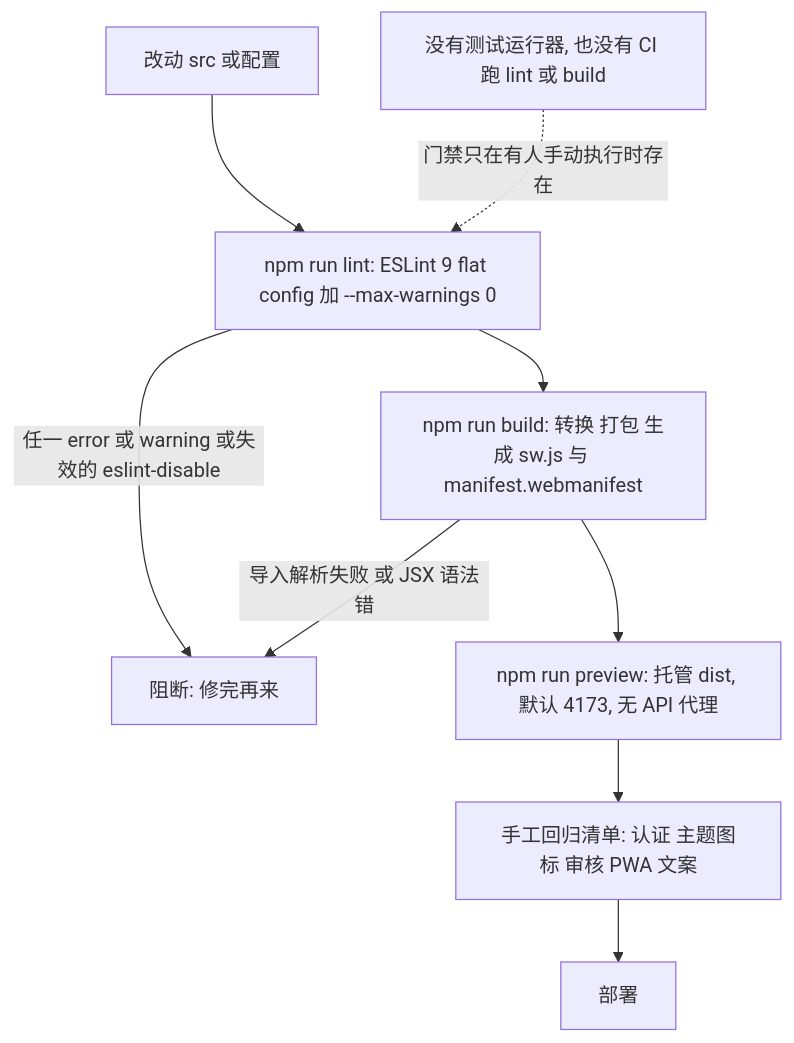
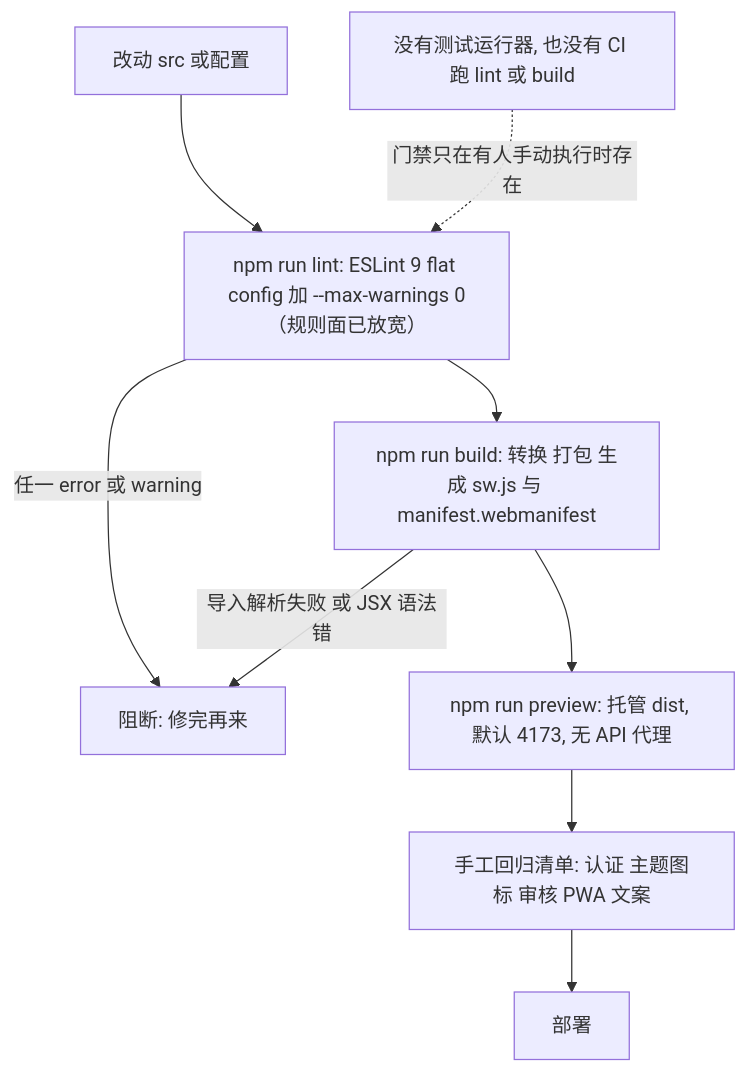
Before and after one commit to Furry-Drama-Tracker/frontend: the diagram in openwiki/testing/verification-and-quality-gates.md, drawn with Mermaid. The commit also changed other lines of this file and 41 other files, not shown here.

````diff
--- a/openwiki/testing/verification-and-quality-gates.md
+++ b/openwiki/testing/verification-and-quality-gates.md
@@ -65,11 +55,11 @@
 ```mermaid
 flowchart TD
-  A["改动 src 或配置"] --> B["npm run lint: ESLint 9 flat config 加 --max-warnings 0"]
-  B -->|"任一 error 或 warning 或失效的 eslint-disable"| X["阻断: 修完再来"]
+  A["改动 src 或配置"] --> B["npm run lint: ESLint 9 flat config 加 --max-warnings 0（规则面已放宽）"]
+  B -->|"任一 error 或 warning"| X["阻断: 修完再来"]
   B --> C["npm run build: 转换 打包 生成 sw.js 与 manifest.webmanifest"]
   C -->|"导入解析失败 或 JSX 语法错"| X
   C --> D["npm run preview: 托管 dist, 默认 4173, 无 API 代理"]
   D --> E["手工回归清单: 认证 主题图标 审核 PWA 文案"]
   E --> F["部署"]
   G["没有测试运行器, 也没有 CI 跑 lint 或 build"] -.->|"门禁只在有人手动执行时存在"| B
 ```
````
